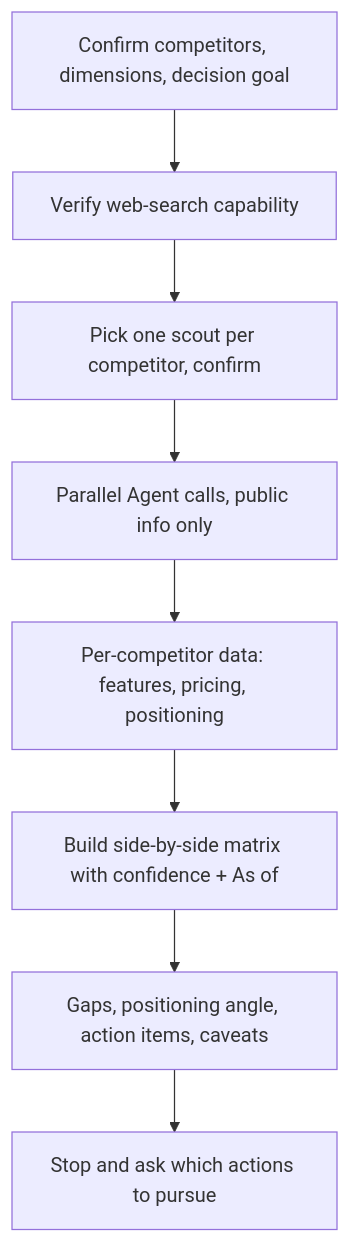
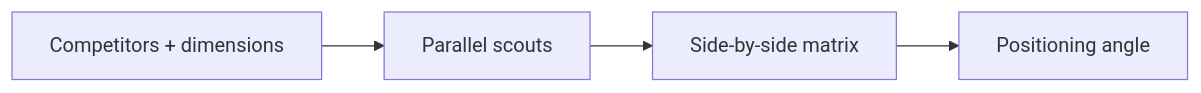
One commit to marcoskichel/elevator-pitch-skill changed the third of 3 diagrams in plugins/empire-product/README.md. Above: the diagram before and after it, drawn with Mermaid. The commit also changed other lines of this file and 5 other files, not shown here.

First line of the commit message:
docs: simplify per-skill diagrams to horizontal high-level flow

````diff
--- a/plugins/empire-product/README.md
+++ b/plugins/empire-product/README.md
@@ -64,10 +58,6 @@
 ```mermaid
-flowchart TD
-  inputs[Confirm competitors, dimensions, decision goal] --> precond[Verify web-search capability]
-  precond --> roster[Pick one scout per competitor, confirm]
-  roster --> dispatch[Parallel Agent calls, public info only]
-  dispatch --> data[Per-competitor data: features, pricing, positioning]
-  data --> matrix[Build side-by-side matrix with confidence + As of]
-  matrix --> output[Gaps, positioning angle, action items, caveats]
-  output --> stop[Stop and ask which actions to pursue]
+flowchart LR
+  inputs[Competitors + dimensions] --> dispatch[Parallel scouts]
+  dispatch --> matrix[Side-by-side matrix]
+  matrix --> angle[Positioning angle]
 ```
````
